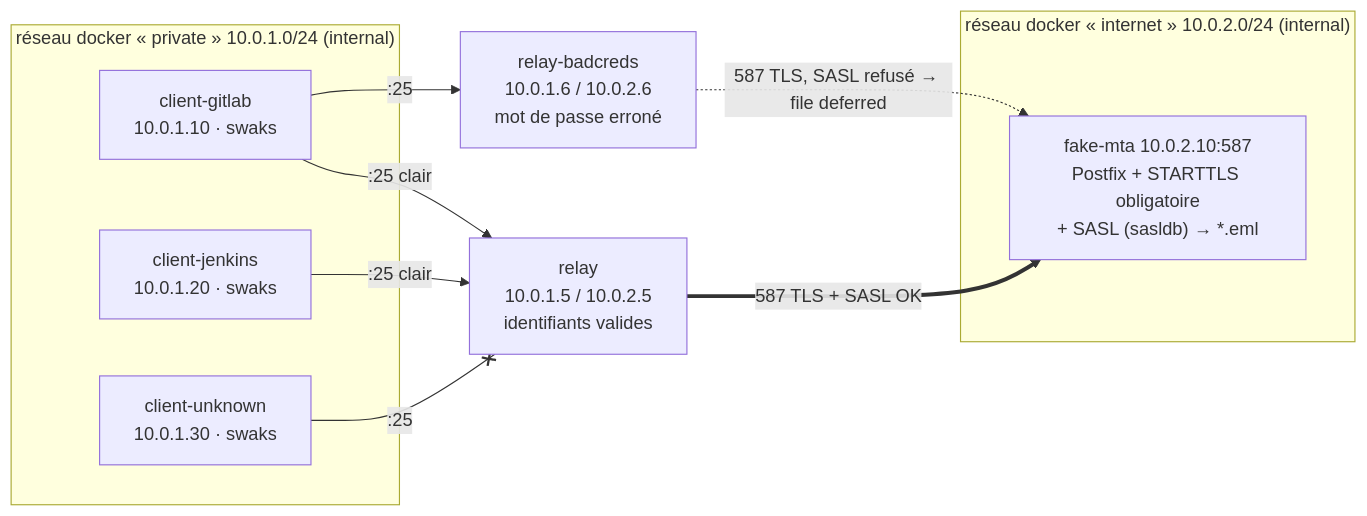
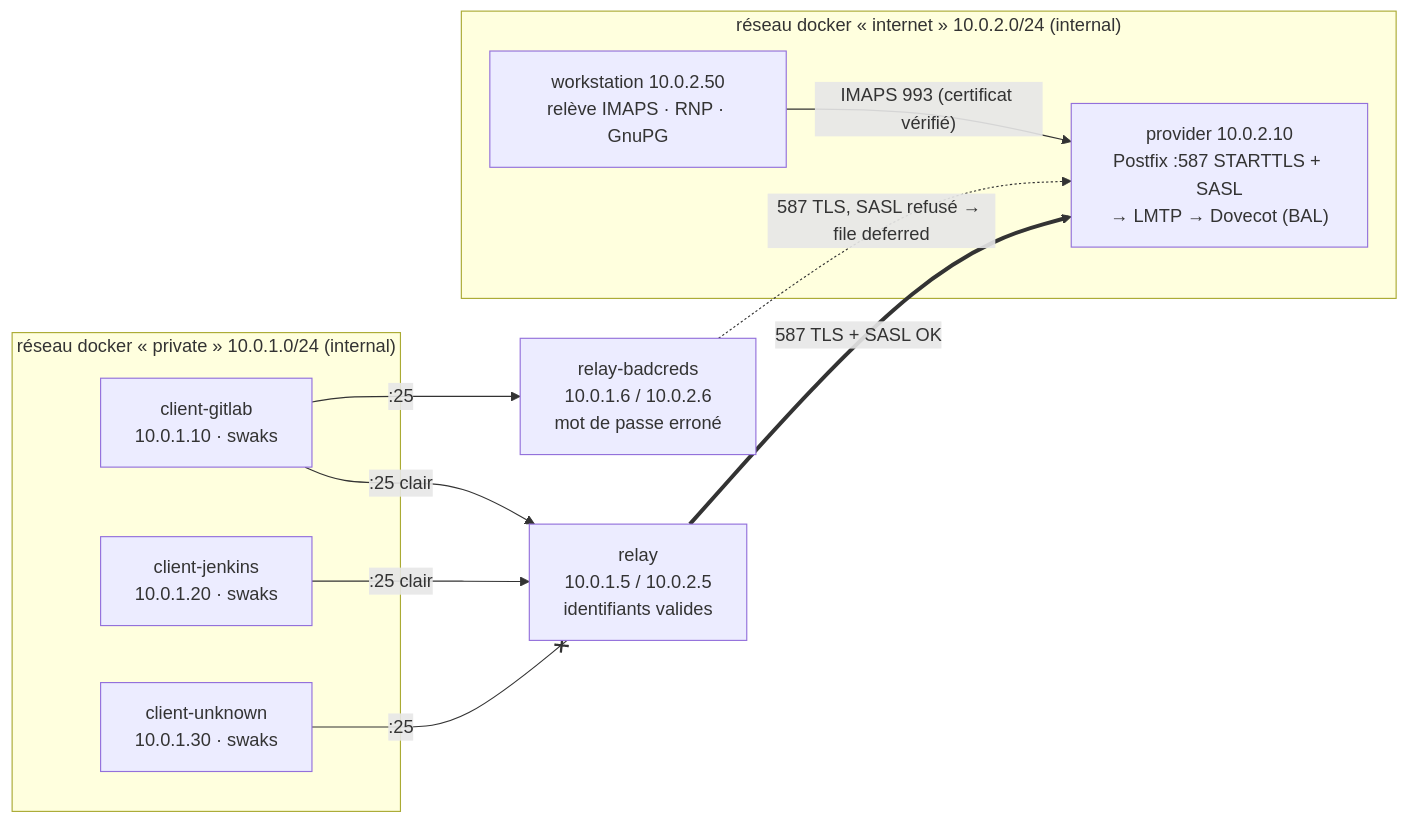
The third of 3 diagrams in docs/architecture.md (kosaar/relai-smtp), drawn with Mermaid before and after one commit. The commit also changed other lines of this file and 26 other files, not shown here.

First line of the commit message:
test: lot 0 — socle de test (fournisseur Postfix + Dovecot, poste de travail, suites, CI)

````diff
--- a/docs/architecture.md
+++ b/docs/architecture.md
@@ -89,19 +89,21 @@
 ```mermaid
 flowchart LR
     subgraph P["réseau docker « private » 10.0.1.0/24 (internal)"]
         CG["client-gitlab<br/>10.0.1.10 · swaks"]
         CJ["client-jenkins<br/>10.0.1.20 · swaks"]
         CU["client-unknown<br/>10.0.1.30 · swaks"]
     end
     R["relay<br/>10.0.1.5 / 10.0.2.5<br/>identifiants valides"]
     RB["relay-badcreds<br/>10.0.1.6 / 10.0.2.6<br/>mot de passe erroné"]
     subgraph I["réseau docker « internet » 10.0.2.0/24 (internal)"]
-        F["fake-mta 10.0.2.10:587<br/>Postfix + STARTTLS obligatoire<br/>+ SASL (sasldb) → *.eml"]
+        F["provider 10.0.2.10<br/>Postfix :587 STARTTLS + SASL<br/>→ LMTP → Dovecot (BAL)"]
+        W["workstation 10.0.2.50<br/>relève IMAPS · RNP · GnuPG"]
     end
     CG -- ":25 clair" --> R
     CJ -- ":25 clair" --> R
     CU -- ":25" --x R
     CG -- ":25" --> RB
     R == "587 TLS + SASL OK" ==> F
     RB -. "587 TLS, SASL refusé → file deferred" .-> F
+    W -- "IMAPS 993 (certificat vérifié)" --> F
 ```
````
